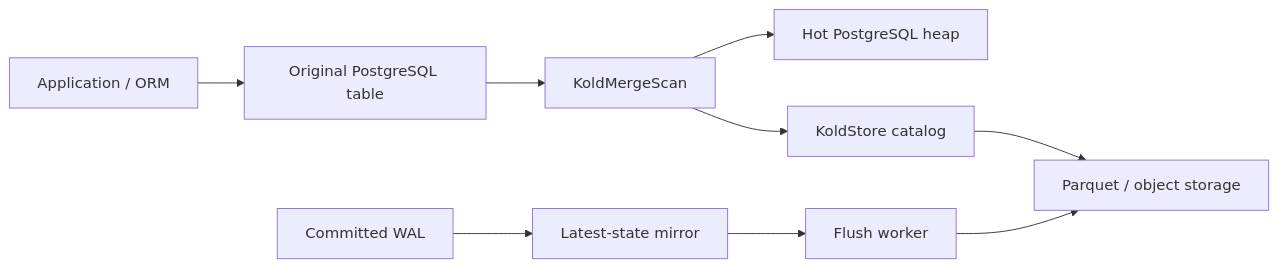
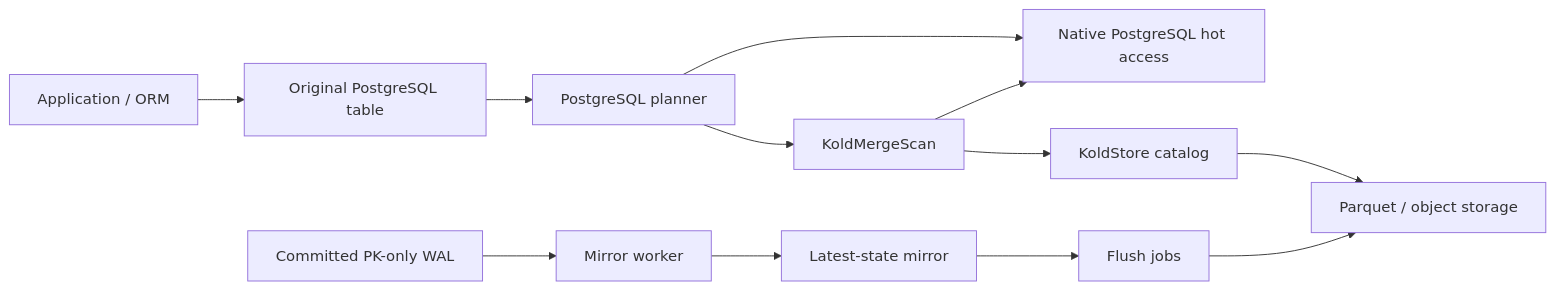
One commit to kalamdb/koldstore changed the diagram in README.md. Above: the diagram before and after it, drawn with Mermaid. The commit also changed other lines of this file, not shown here.

````diff
--- a/README.md
+++ b/README.md
@@ -217,13 +208,17 @@
 ```mermaid
 flowchart LR
   App[Application / ORM] --> Table[Original PostgreSQL table]
-  Table --> Scan[KoldMergeScan]
 
-  Scan --> Hot[Hot PostgreSQL heap]
-  Scan --> Catalog[KoldStore catalog]
+  Table --> Planner[PostgreSQL planner]
+  Planner --> Hot[Native PostgreSQL hot access]
+  Planner --> Merge[KoldMergeScan]
+
+  Merge --> Hot
+  Merge --> Catalog[KoldStore catalog]
   Catalog --> Cold[Parquet / object storage]
 
-  WAL[Committed WAL] --> Mirror[Latest-state mirror]
-  Mirror --> Flush[Flush worker]
+  WAL[Committed PK-only WAL] --> Worker[Mirror worker]
+  Worker --> Mirror[Latest-state mirror]
+  Mirror --> Flush[Flush jobs]
   Flush --> Cold
 ```
````
